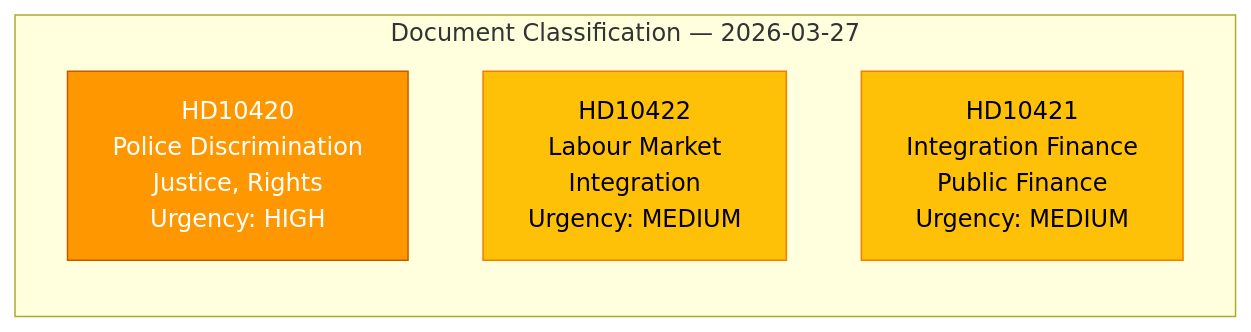
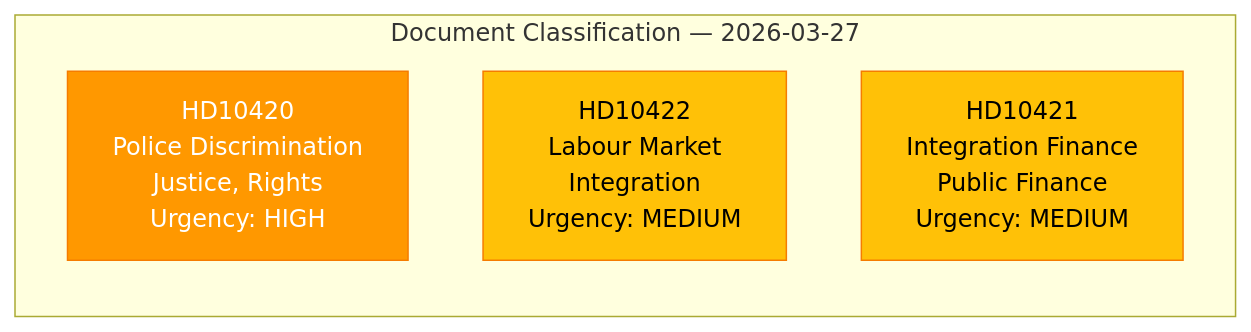
Before and after one commit to Hack23/riksdagsmonitor: the diagram in analysis/daily/2026-03-27/interpellations/classification-results.md, drawn with Mermaid. The commit also changed 121 other files, not shown here.

````diff
--- a/analysis/daily/2026-03-27/interpellations/classification-results.md
+++ b/analysis/daily/2026-03-27/interpellations/classification-results.md
@@ -23,11 +23,11 @@
 ```mermaid
 graph LR
     subgraph "Document Classification — 2026-03-27"
         HD10420["HD10420<br/>Police Discrimination<br/>Justice, Rights<br/>Urgency: HIGH"]
         HD10422["HD10422<br/>Labour Market<br/>Integration<br/>Urgency: MEDIUM"]
         HD10421["HD10421<br/>Integration Finance<br/>Public Finance<br/>Urgency: MEDIUM"]
     end
-    style HD10420 fill:#FF9800,color:#FFFFFF,stroke:#c35a00
+    style HD10420 fill:#FF9800,color:#FFFFFF,stroke:#F57C00
     style HD10422 fill:#FFC107,color:#000000,stroke:#F57C00
     style HD10421 fill:#FFC107,color:#000000,stroke:#F57C00
 ```
````
